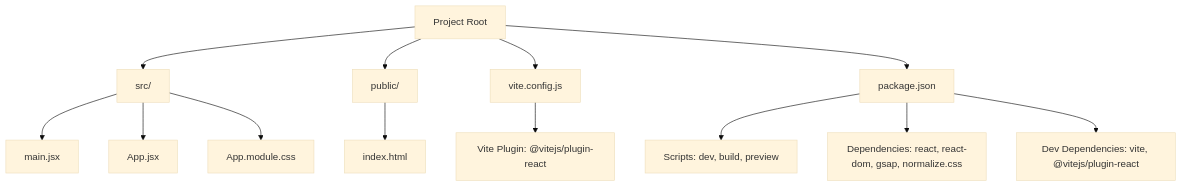
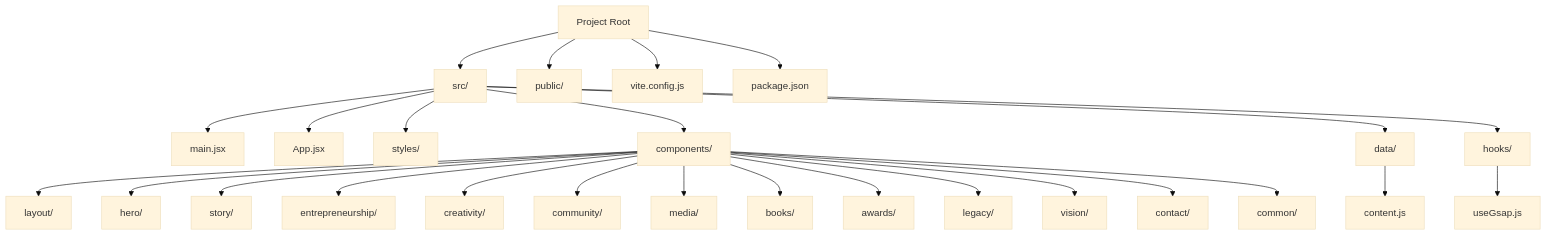
Before and after one commit to rakeshmaity271/frankie-picasso: the first of 2 diagrams in .qoder/repowiki/en/content/Frontend Components.md, drawn with Mermaid (base theme). The commit also changed other lines of this file and 28 other files, not shown here.

Commit message:
Update components, styles, and secure gitignore

````diff
--- a/.qoder/repowiki/en/content/Frontend Components.md
+++ b/.qoder/repowiki/en/content/Frontend Components.md
@@ -35,15 +60,28 @@
 ```mermaid
 graph TB
 Root["Project Root"] --> Src["src/"]
 Root --> Public["public/"]
 Root --> Config["vite.config.js"]
 Root --> Package["package.json"]
 Src --> Main["main.jsx"]
 Src --> App["App.jsx"]
-Src --> Styles["App.module.css"]
-Public --> IndexHTML["index.html"]
-Config --> VitePlugin["Vite Plugin: @vitejs/plugin-react"]
-Package --> Scripts["Scripts: dev, build, preview"]
-Package --> Deps["Dependencies: react, react-dom, gsap, normalize.css"]
-Package --> DevDeps["Dev Dependencies: vite, @vitejs/plugin-react"]
+Src --> Styles["styles/"]
+Src --> Components["components/"]
+Src --> Data["data/"]
+Src --> Hooks["hooks/"]
+Components --> Layout["layout/"]
+Components --> Hero["hero/"]
+Components --> Story["story/"]
+Components --> Entrepreneurship["entrepreneurship/"]
+Components --> Creativity["creativity/"]
+Components --> Community["community/"]
+Components --> Media["media/"]
+Components --> Books["books/"]
+Components --> Awards["awards/"]
+Components --> Legacy["legacy/"]
+Components --> Vision["vision/"]
+Components --> Contact["contact/"]
+Components --> Common["common/"]
+Data --> Content["content.js"]
+Hooks --> GSAP["useGsap.js"]
 ```
````
